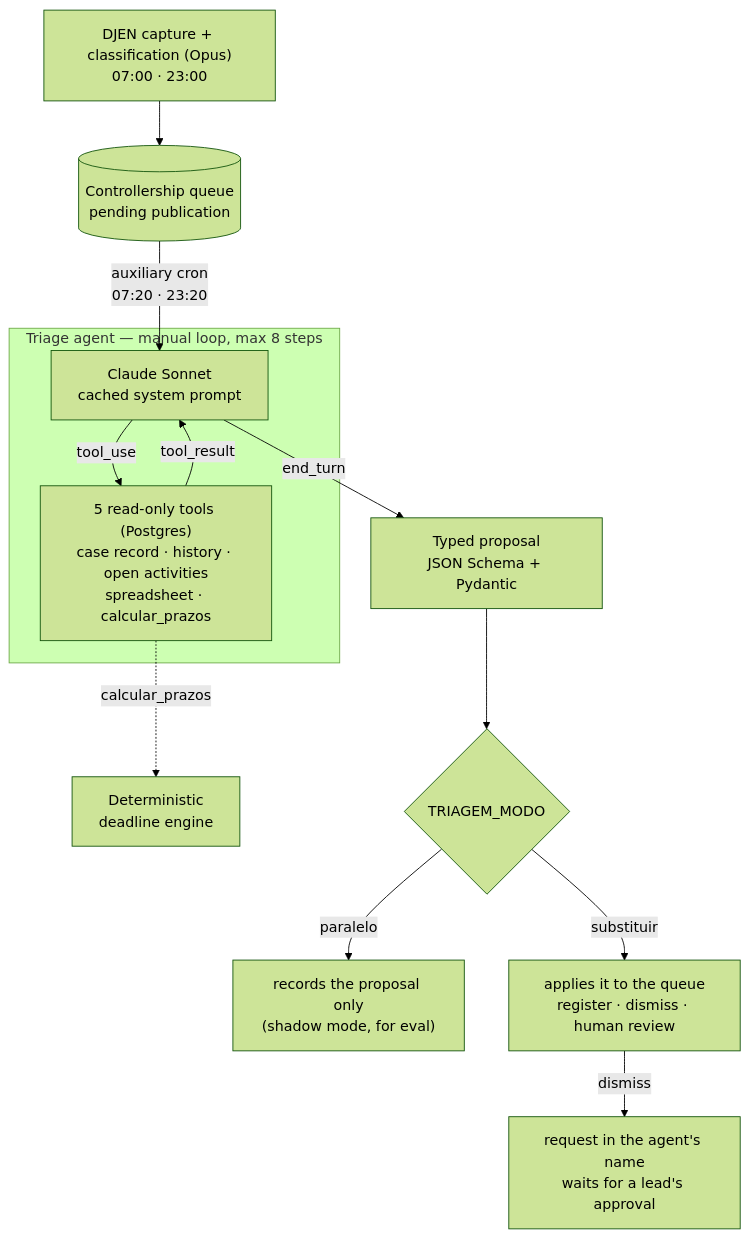
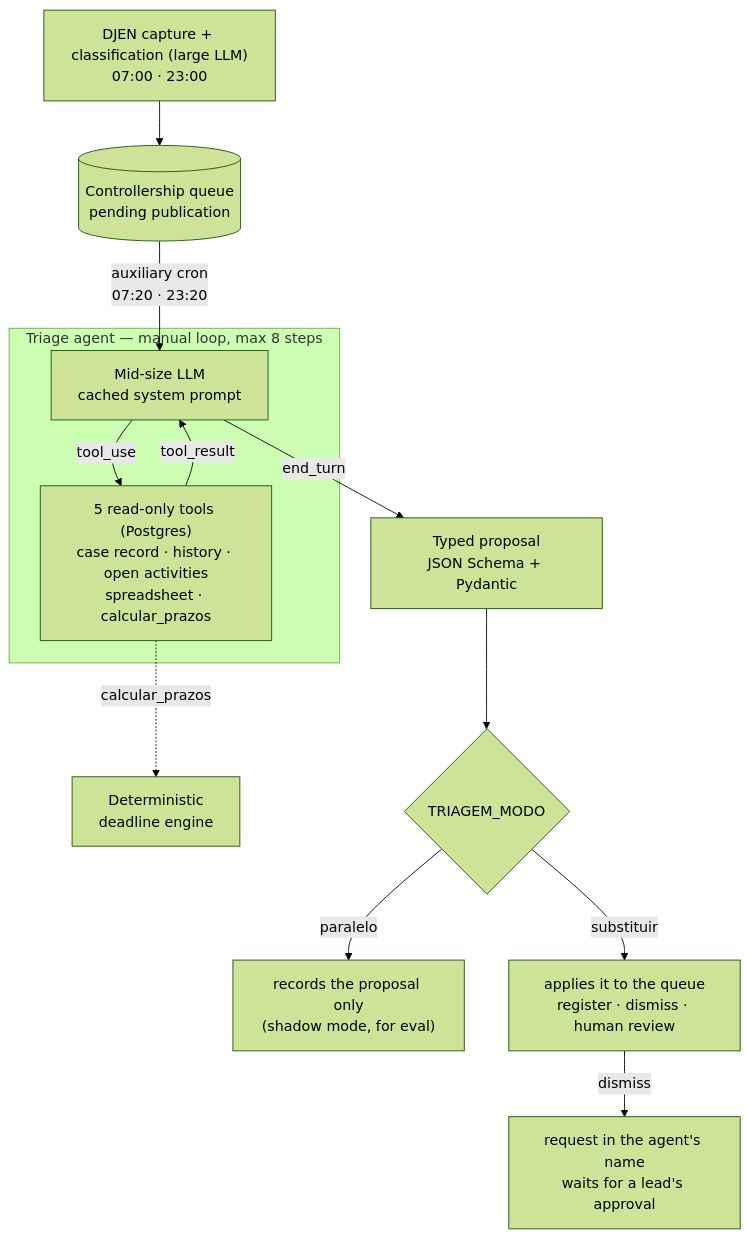
One commit to jmilheiro73/legal-ops-ai changed the second of 2 diagrams in README.en.md. Above: the diagram before and after it, drawn with Mermaid (forest theme). The commit also changed other lines of this file and 5 other files, not shown here.

````diff
--- a/README.en.md
+++ b/README.en.md
@@ -117,17 +117,17 @@
 ```mermaid
 flowchart TD
-    CAP["DJEN capture + classification (Opus)\n07:00 · 23:00"] --> QUEUE[("Controllership queue\npending publication")]
+    CAP["DJEN capture + classification (large LLM)\n07:00 · 23:00"] --> QUEUE[("Controllership queue\npending publication")]
     QUEUE -- "auxiliary cron\n07:20 · 23:20" --> LLM
     subgraph LOOP["Triage agent — manual loop, max 8 steps"]
-        LLM["Claude Sonnet\ncached system prompt"]
+        LLM["Mid-size LLM\ncached system prompt"]
         TOOLS["5 read-only tools (Postgres)\ncase record · history · open activities\nspreadsheet · calcular_prazos"]
         LLM -- "tool_use" --> TOOLS
         TOOLS -- "tool_result" --> LLM
     end
     TOOLS -. "calcular_prazos" .-> ENGINE["Deterministic\ndeadline engine"]
     LLM -- "end_turn" --> PROP["Typed proposal\nJSON Schema + Pydantic"]
     PROP --> MODE{"TRIAGEM_MODO"}
     MODE -- "paralelo" --> SHADOW["records the proposal only\n(shadow mode, for eval)"]
     MODE -- "substituir" --> APPLY["applies it to the queue\nregister · dismiss · human review"]
     APPLY -- "dismiss" --> LEAD["request in the agent's name\nwaits for a lead's approval"]
 ```
````
